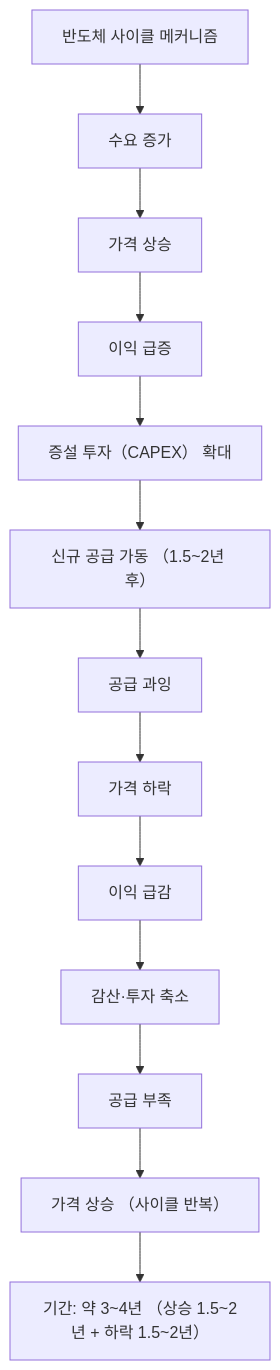
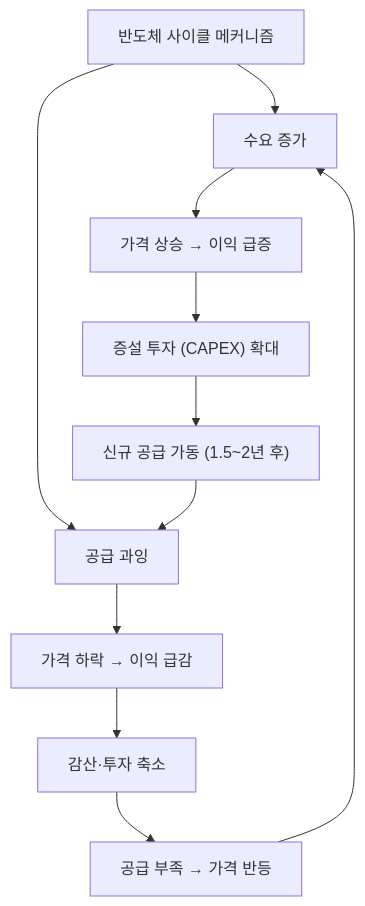
Before and after one commit to yeongseon/stock-visual-note: the diagram in content/stock-terms/ko/level-09-strategy-risk/semiconductor-cycle.md, drawn with Mermaid. The commit also changed other lines of this file and 96 other files, not shown here.

Commit message:
Rewrite all 98 remaining articles: branching Mermaid diagrams, natural search_intent, compelling seo_titles, clean descriptions

````diff
--- a/content/stock-terms/ko/level-09-strategy-risk/semiconductor-cycle.md
+++ b/content/stock-terms/ko/level-09-strategy-risk/semiconductor-cycle.md
@@ -42,28 +42,14 @@
 ```mermaid
 graph TD
-    A0["반도체 사이클 메커니즘"]
-    A1["수요 증가"]
-    A2["가격 상승"]
-    A3["이익 급증"]
-    A4["증설 투자（CAPEX） 확대"]
-    A5["신규 공급 가동 （1.5~2년 후）"]
-    A6["공급 과잉"]
-    A7["가격 하락"]
-    A8["이익 급감"]
-    A9["감산·투자 축소"]
-    A10["공급 부족"]
-    A11["가격 상승 （사이클 반복）"]
-    A12["기간: 약 3~4년 （상승 1.5~2년 + 하락 1.5~2년）"]
-    A0 --> A1
-    A1 --> A2
-    A2 --> A3
-    A3 --> A4
-    A4 --> A5
-    A5 --> A6
-    A6 --> A7
-    A7 --> A8
-    A8 --> A9
-    A9 --> A10
-    A10 --> A11
-    A11 --> A12
+    A["반도체 사이클 메커니즘"]
+    A --> B["수요 증가"]
+    A --> C["공급 과잉"]
+    B --> B1["가격 상승 → 이익 급증"]
+    B1 --> B2["증설 투자 (CAPEX) 확대"]
+    B2 --> B3["신규 공급 가동 (1.5~2년 후)"]
+    B3 --> C
+    C --> C1["가격 하락 → 이익 급감"]
+    C1 --> C2["감산·투자 축소"]
+    C2 --> C3["공급 부족 → 가격 반등"]
+    C3 --> B
 ```
````
